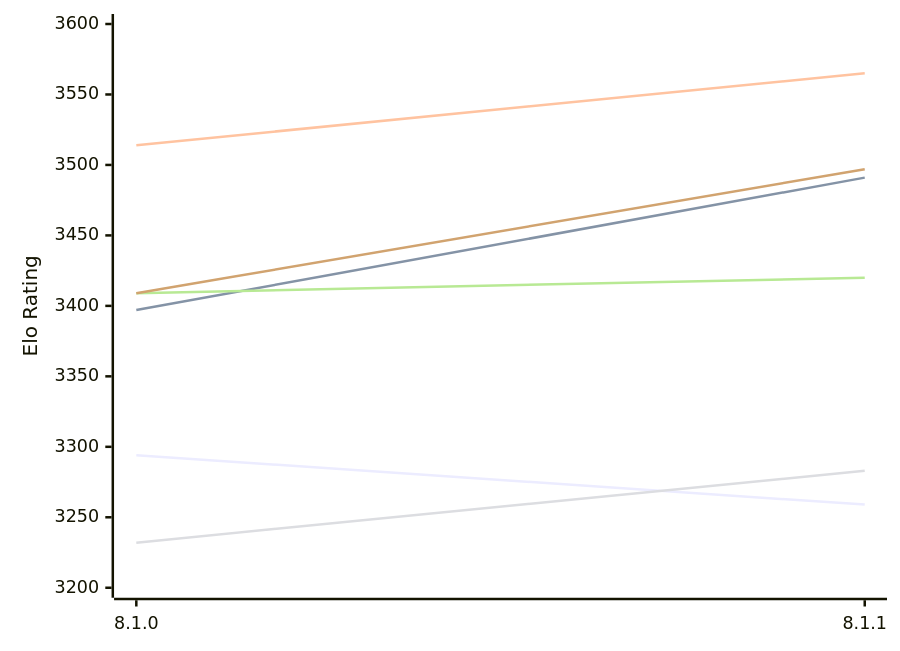
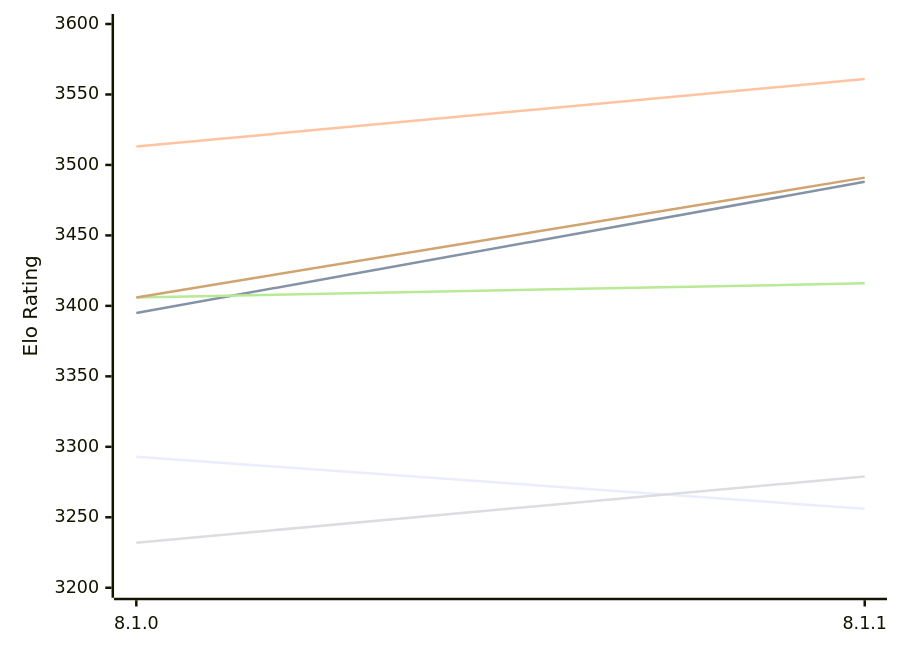
Before and after one commit to computer-chess-index/cci: the first of 2 diagrams in engines/Velvet.md, drawn with Mermaid. The commit also changed other lines of this file, not shown here.

Commit message:
Update CCI Ratings (ELO VLTC) - 2026-11-19

````diff
--- a/engines/Velvet.md
+++ b/engines/Velvet.md
@@ -51,12 +51,12 @@
 ```mermaid
 %%{init: {"theme":"base","themeVariables":{"seriesColors:['#a3a3a3','#222221','#faa371']}}}%%
 xychart-beta
   x-axis ["8.1.0", "8.1.1"]
   y-axis "Elo Rating" 3200 --> 3600
-  line "E1: STC (8.0+0.08s)" [3294, 3259]
-  line "E1: LTC (60.0+0.60s)" [3397, 3491]
-  line "E1: VLTC (2m24s+1.12s)" [3514, 3565]
-  line "P1: STC (8.0+0.08s)" [3232, 3283]
-  line "P1: LTC (60.0+0.60s)" [3409, 3420]
-  line "P1: VLTC (2m24s+1.12s)" [3409, 3497]
+  line "E1: STC (8.0+0.08s)" [3293, 3256]
+  line "E1: LTC (60.0+0.60s)" [3395, 3488]
+  line "E1: VLTC (2m24s+1.12s)" [3513, 3561]
+  line "P1: STC (8.0+0.08s)" [3232, 3279]
+  line "P1: LTC (60.0+0.60s)" [3406, 3416]
+  line "P1: VLTC (2m24s+1.12s)" [3406, 3491]
 ```
````
